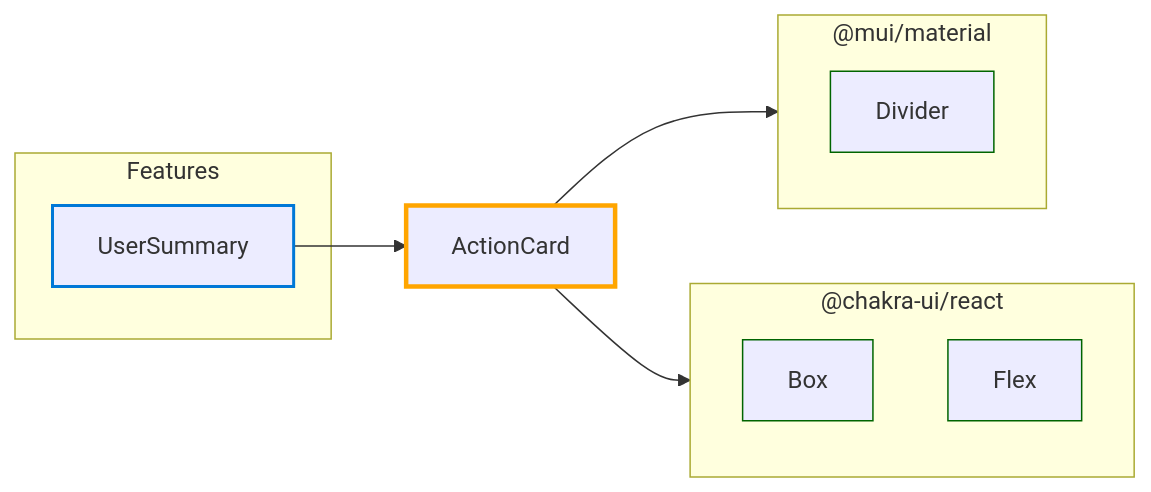
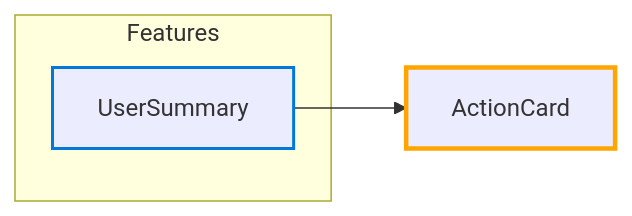
Before and after one commit to star4beam/react-package-analyzer: the diagram in test-project-import-analysis/hubs/ActionCard.md, drawn with Mermaid. The commit also changed other lines of this file and 9 other files, not shown here.

Commit message:
Fix: mermaid links, direct hub dependencies

````diff
--- a/test-project-import-analysis/hubs/ActionCard.md
+++ b/test-project-import-analysis/hubs/ActionCard.md
@@ -27,47 +15,27 @@
 ```mermaid
 flowchart LR
     %% Node styles
     classDef feature stroke:#0078d7,stroke-width:2px
     classDef currentHub stroke:#ffa500,stroke-width:3px
     classDef main stroke:#d04a02,stroke-width:2px
     classDef intermediate stroke:#7e6000,stroke-width:2px
     classDef base stroke:#006400,stroke-width:2px
     classDef component stroke:#006400,stroke-width:1px
 
     %% Link styles
     linkStyle default stroke:#333,stroke-width:1px
     %% Use different arrow styles for dependency types
     %% Direct: solid line, Indirect: dashed line, Both: thick solid line
 
     hub_ActionCard["ActionCard"]
     class hub_ActionCard currentHub
 
     %% Features that use this hub (directly or indirectly)
     subgraph Features["Features"]
         feature_UserSummary["UserSummary"]
         class feature_UserSummary feature
     end
 
     feature_UserSummary --> hub_ActionCard
-    click feature_UserSummary "../features/UserSummary.md" "Go to UserSummary feature"
-
     %% Direct hub-to-hub connections
-
-    %% Components directly used by this hub
-    subgraph pkg__mui_material["@mui/material"]
-        comp__mui_material_Divider["Divider"]
-        class comp__mui_material_Divider component
-    end
-    hub_ActionCard --> pkg__mui_material
-    click comp__mui_material_Divider "../components/@mui_material/Divider.md" "Go to Divider component"
-    subgraph pkg__chakra_ui_react["@chakra-ui/react"]
-        comp__chakra_ui_react_Box["Box"]
-        class comp__chakra_ui_react_Box component
-        comp__chakra_ui_react_Flex["Flex"]
-        class comp__chakra_ui_react_Flex component
-    end
-    hub_ActionCard --> pkg__chakra_ui_react
-    click comp__chakra_ui_react_Box "../components/@chakra-ui_react/Box.md" "Go to Box component"
-    click comp__chakra_ui_react_Flex "../components/@chakra-ui_react/Flex.md" "Go to Flex component"
-
 ```
````
